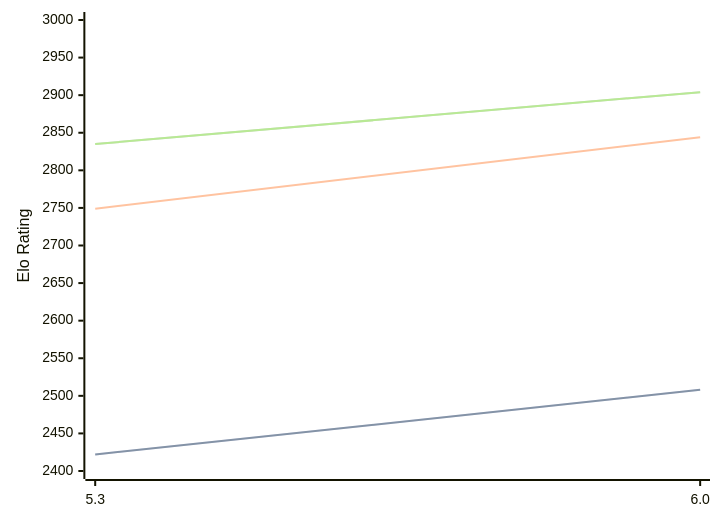
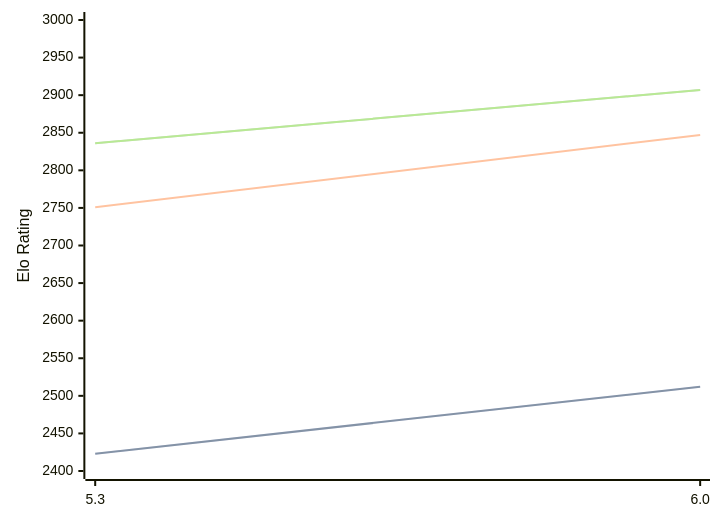
One commit to computer-chess-index/cci changed the diagram in engines/tomitankChess.md. Above: the diagram before and after it, drawn with Mermaid. The commit also changed other lines of this file, not shown here.

Commit message:
Update CCI Ratings (ELO VLTC) - 2026-04-11

````diff
--- a/engines/tomitankChess.md
+++ b/engines/tomitankChess.md
@@ -40,11 +40,11 @@
 ```mermaid
 %%{init: {"theme":"base","themeVariables":{"seriesColors:['#a3a3a3','#222221','#faa371']}}}%%
 xychart-beta
   x-axis ["5.3", "6.0"]
   y-axis "Elo Rating" 2400 --> 3000
-  line "STC (8.0+0.08s)" [2422, 2508]
-  line "STC (8.0+0.08s)" [2422, 2508]
-  line "LTC (60.0+0.60s)" [2749, 2844]
-  line "VLTC (2m24s+1.12s)" [2835, 2904]
-  line "VLTC (2m24s+1.12s)" [2835, 2904]
+  line "STC (8.0+0.08s)" [2423, 2512]
+  line "STC (8.0+0.08s)" [2423, 2512]
+  line "LTC (60.0+0.60s)" [2751, 2847]
+  line "VLTC (2m24s+1.12s)" [2836, 2907]
+  line "VLTC (2m24s+1.12s)" [2836, 2907]
 ```
````
